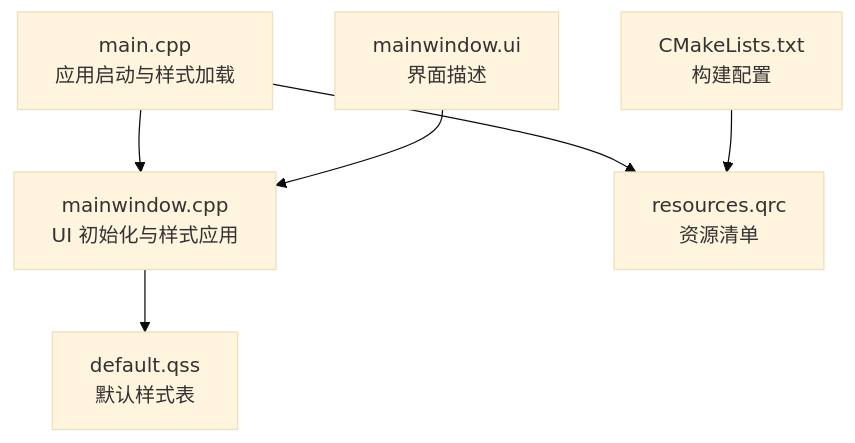
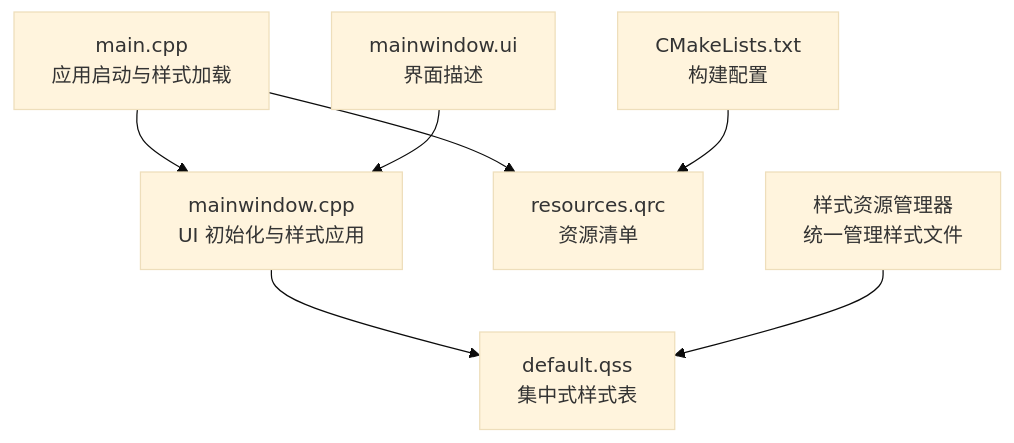
The first of 4 diagrams in .qoder/repowiki/zh/content/样式系统.md (jakecai1225-design/OpenBus), drawn with Mermaid (base theme) before and after one commit. The commit also changed other lines of this file and 29 other files, not shown here.

````diff
--- a/.qoder/repowiki/zh/content/样式系统.md
+++ b/.qoder/repowiki/zh/content/样式系统.md
@@ -38,8 +47,9 @@
 ```mermaid
 graph TB
 A["main.cpp<br/>应用启动与样式加载"] --> B["mainwindow.cpp<br/>UI 初始化与样式应用"]
-B --> C["default.qss<br/>默认样式表"]
+B --> C["default.qss<br/>集中式样式表"]
 A --> D["resources.qrc<br/>资源清单"]
 E["CMakeLists.txt<br/>构建配置"] --> D
 F["mainwindow.ui<br/>界面描述"] --> B
+G["样式资源管理器<br/>统一管理样式文件"] --> C
 ```
````
